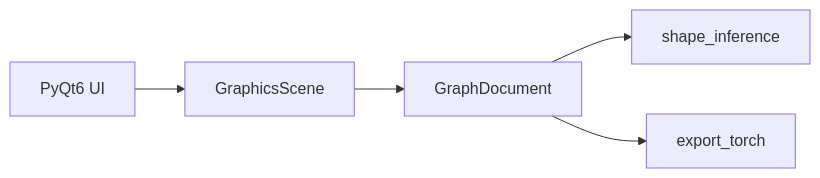
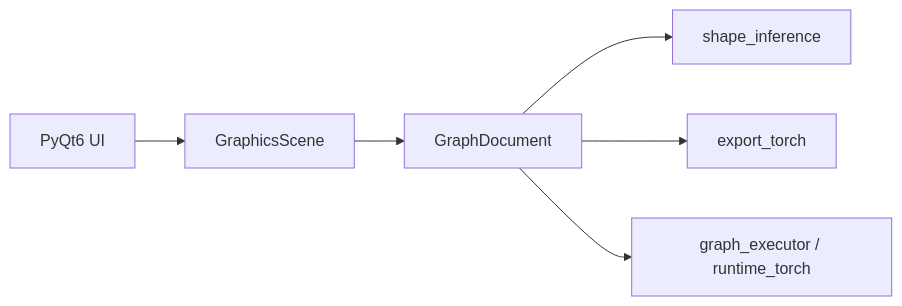
The diagram in docs/DESIGN.md (tomjimmy0909-max/dl_vis), drawn with Mermaid before and after one commit. The commit also changed other lines of this file and 45 other files, not shown here.

````diff
--- a/docs/DESIGN.md
+++ b/docs/DESIGN.md
@@ -12,7 +12,8 @@
 ```mermaid
 flowchart LR
   UI[PyQt6 UI] --> Scene[GraphicsScene]
   Scene --> Doc[GraphDocument]
   Doc --> Shape[shape_inference]
   Doc --> Export[export_torch]
+  Doc --> Exec[graph_executor / runtime_torch]
 ```
````
